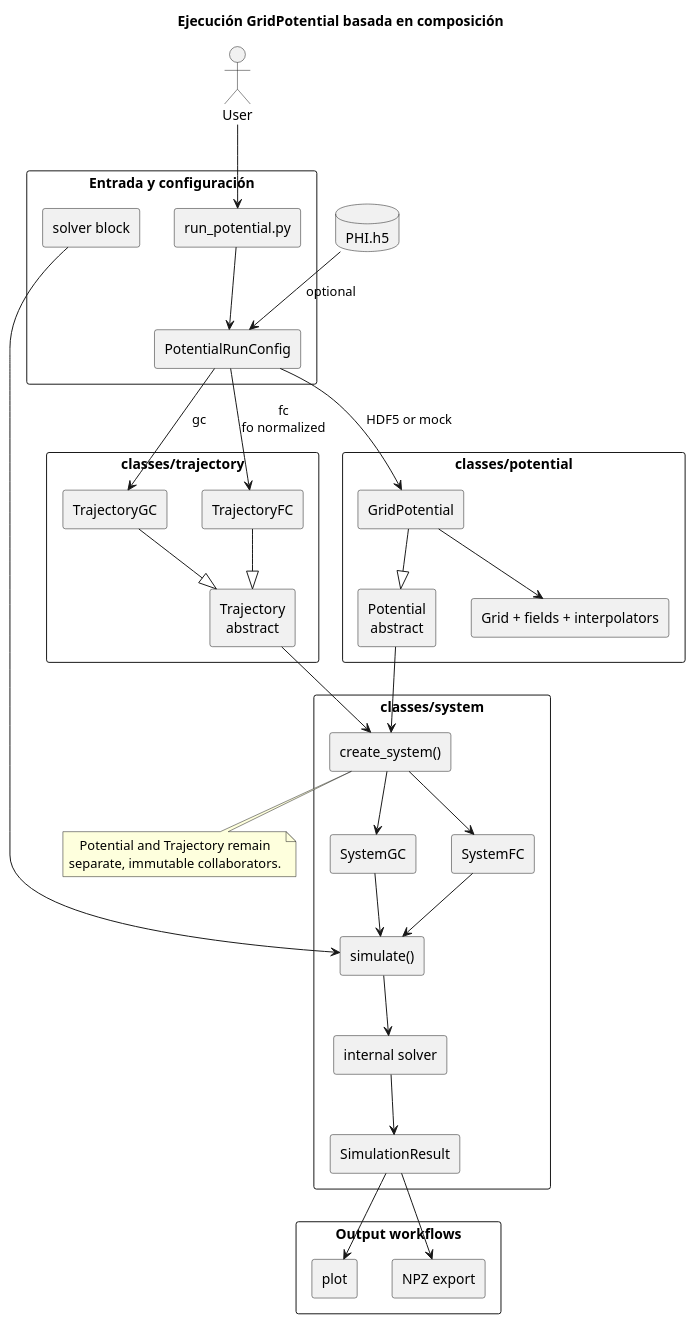
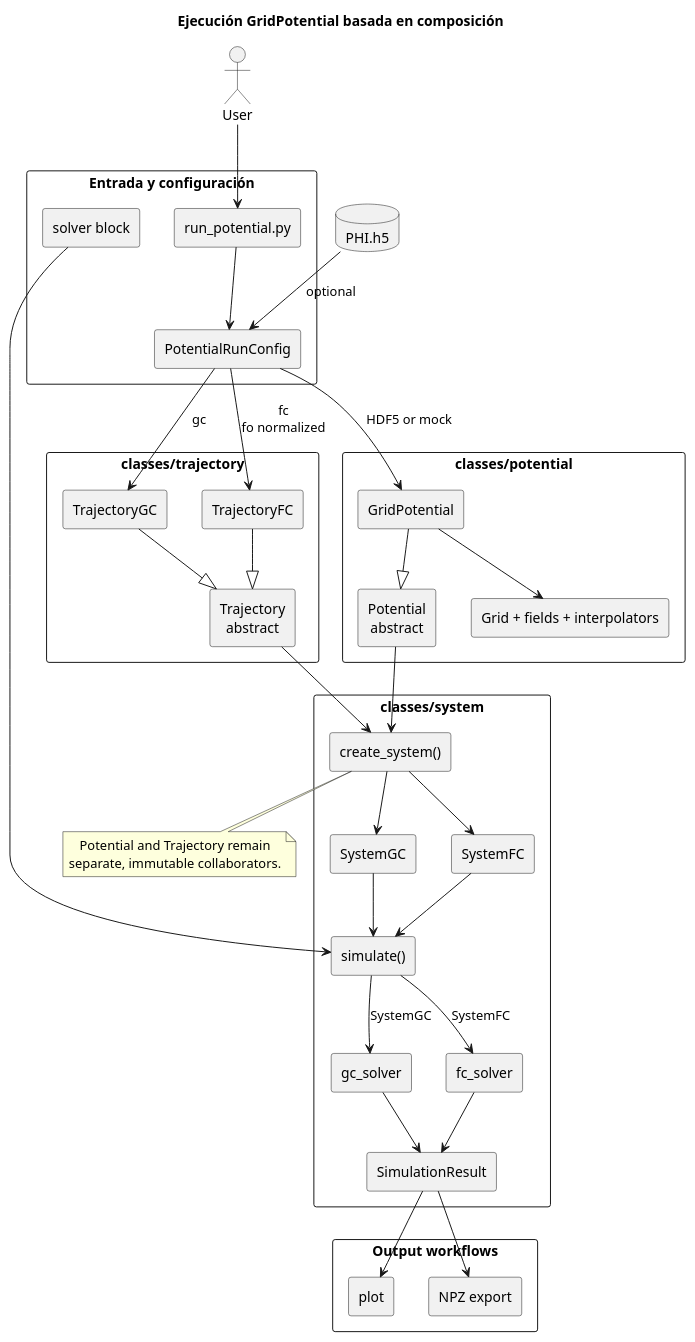
Before and after one commit to Jugibe-52/GC2D_intranet: the diagram in docs/potential_execution/flow.puml, drawn with PlantUML. The commit also changed 35 other files, not shown here.

```diff
--- a/docs/potential_execution/flow.puml
+++ b/docs/potential_execution/flow.puml
@@ -1,71 +1,74 @@
 @startuml Grid_potential_execution_flow
 title Ejecución GridPotential basada en composición
 
 skinparam componentStyle rectangle
 skinparam shadowing false
 skinparam packageStyle rectangle
 skinparam defaultTextAlignment center
 
 actor User
 database "PHI.h5" as hdf5
 
 package "Entrada y configuración" {
   component "run_potential.py" as cli
   component "PotentialRunConfig" as config
   component "solver block" as solver_config
 }
 
 package "classes/potential" {
   component "Potential\nabstract" as potential
   component "GridPotential" as grid_potential
   component "Grid + fields + interpolators" as grid_data
 }
 
 package "classes/trajectory" {
   component "Trajectory\nabstract" as trajectory
   component "TrajectoryGC" as gc_trajectory
   component "TrajectoryFC" as fc_trajectory
 }
 
 package "classes/system" {
   component "create_system()" as factory
   component "SystemGC" as gc_system
   component "SystemFC" as fc_system
   component "simulate()" as simulate
-  component "internal solver" as solver
+  component "gc_solver" as gc_solver
+  component "fc_solver" as fc_solver
   component "SimulationResult" as result
 }
 
 package "Output workflows" {
   component "plot" as plot
   component "NPZ export" as export
 }
 
 User --> cli
 cli --> config
 hdf5 --> config : optional
 config --> grid_potential : HDF5 or mock
 grid_potential --|> potential
 grid_potential --> grid_data
 config --> gc_trajectory : gc
 config --> fc_trajectory : fc\nfo normalized
 gc_trajectory --|> trajectory
 fc_trajectory --|> trajectory
 potential --> factory
 trajectory --> factory
 factory --> gc_system
 factory --> fc_system
 gc_system --> simulate
 fc_system --> simulate
 solver_config --> simulate
-simulate --> solver
-solver --> result
+simulate --> gc_solver : SystemGC
+simulate --> fc_solver : SystemFC
+gc_solver --> result
+fc_solver --> result
 result --> plot
 result --> export
 
 note bottom of factory
   Potential and Trajectory remain
   separate, immutable collaborators.
 end note
 
 @enduml
```
